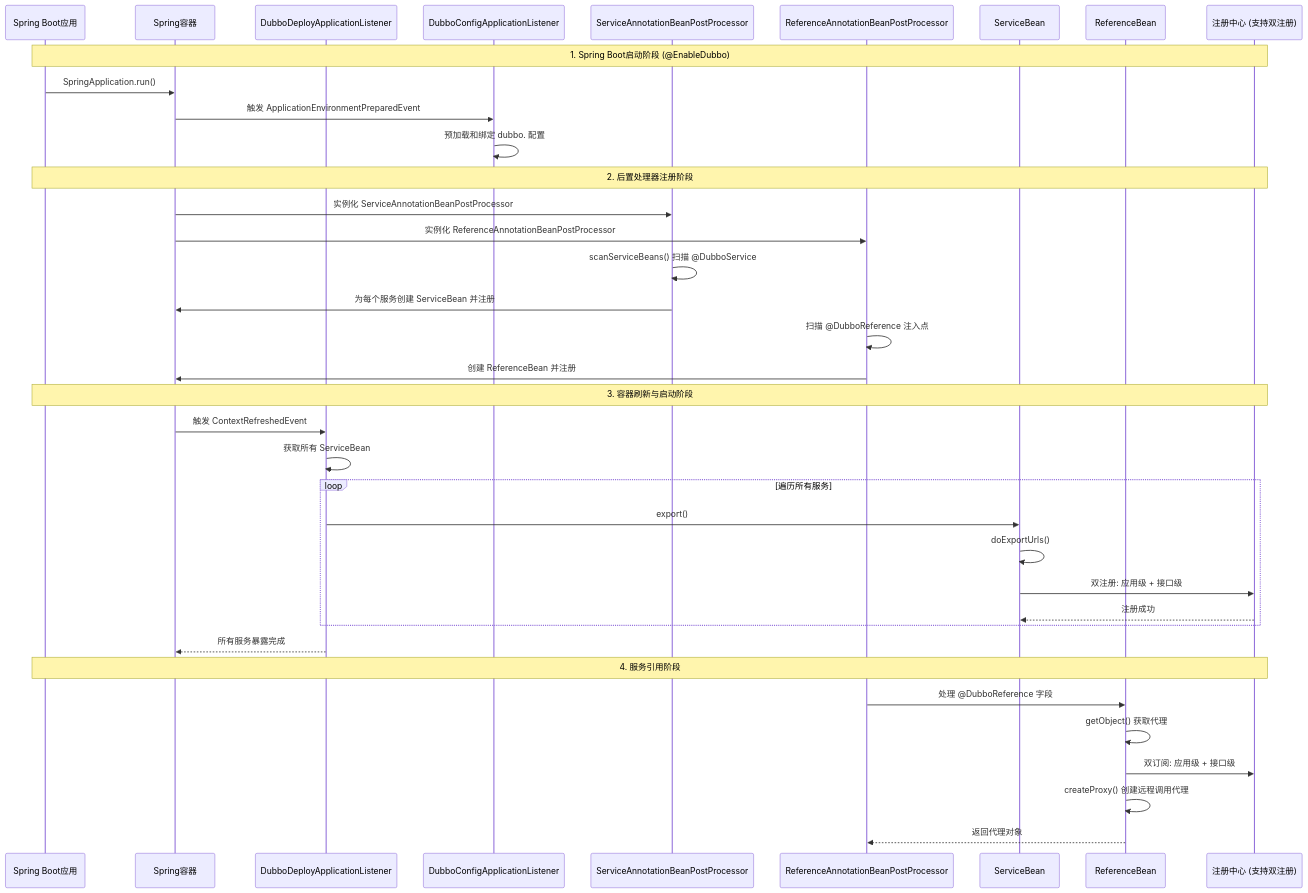
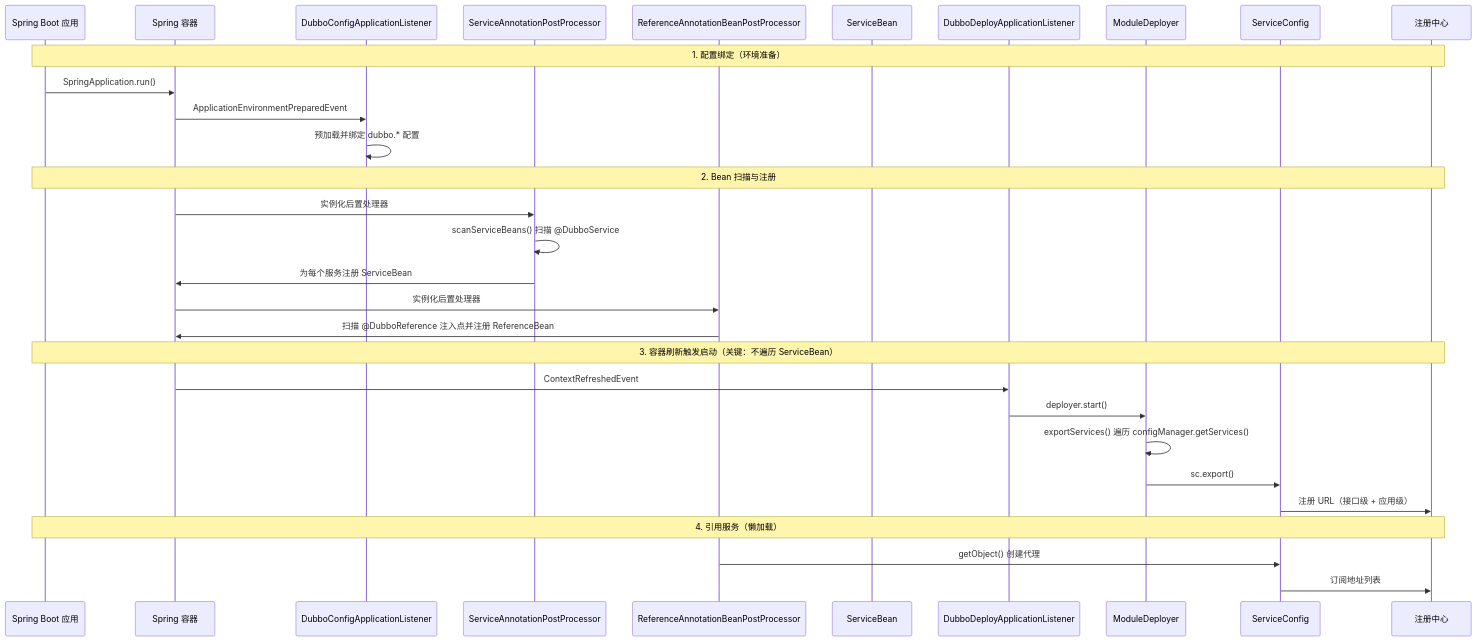
Before and after one commit to Robinpig/Note: the diagram in docs/CS/Framework/Dubbo/Start.md, drawn with Mermaid. The commit also changed other lines of this file and 21 other files, not shown here.

````diff
--- a/docs/CS/Framework/Dubbo/Start.md
+++ b/docs/CS/Framework/Dubbo/Start.md
@@ -93,43 +330,36 @@
 ```mermaid
 sequenceDiagram
-    participant App as Spring Boot应用
-    participant Context as Spring容器
-    participant DDAL as DubboDeployApplicationListener
+    participant App as Spring Boot 应用
+    participant SC as Spring 容器
     participant DCAL as DubboConfigApplicationListener
-    participant SABPP as ServiceAnnotationBeanPostProcessor
+    participant SABPP as ServiceAnnotationPostProcessor
     participant RABPP as ReferenceAnnotationBeanPostProcessor
     participant SB as ServiceBean
-    participant RB as ReferenceBean
-    participant Registry as 注册中心 (支持双注册)
+    participant DDAL as DubboDeployApplicationListener
+    participant MD as ModuleDeployer
+    participant SCfg as ServiceConfig
+    participant Reg as 注册中心
 
-    Note over App, Registry: 1. Spring Boot启动阶段 (@EnableDubbo)
-    App->>Context: SpringApplication.run()
-    Context->>DCAL: 触发 ApplicationEnvironmentPreparedEvent
-    DCAL->>DCAL: 预加载和绑定 dubbo. 配置
+    Note over App,Reg: 1. 配置绑定（环境准备）
+    App->>SC: SpringApplication.run()
+    SC->>DCAL: ApplicationEnvironmentPreparedEvent
+    DCAL->>DCAL: 预加载并绑定 dubbo.* 配置
 
-    Note over App, Registry: 2. 后置处理器注册阶段
-    Context->>SABPP: 实例化 ServiceAnnotationBeanPostProcessor
-    Context->>RABPP: 实例化 ReferenceAnnotationBeanPostProcessor
+    Note over App,Reg: 2. Bean 扫描与注册
+    SC->>SABPP: 实例化后置处理器
     SABPP->>SABPP: scanServiceBeans() 扫描 @DubboService
-    SABPP->>Context: 为每个服务创建 ServiceBean 并注册
-    RABPP->>RABPP: 扫描 @DubboReference 注入点
-    RABPP->>Context: 创建 ReferenceBean 并注册
+    SABPP->>SC: 为每个服务注册 ServiceBean
+    SC->>RABPP: 实例化后置处理器
+    RABPP->>SC: 扫描 @DubboReference 注入点并注册 ReferenceBean
 
-    Note over App, Registry: 3. 容器刷新与启动阶段
-    Context->>DDAL: 触发 ContextRefreshedEvent
-    DDAL->>DDAL: 获取所有 ServiceBean
-    loop 遍历所有服务
-        DDAL->>SB: export()
-        SB->>SB: doExportUrls()
-        SB->>Registry: 双注册: 应用级 + 接口级
-        Registry-->>SB: 注册成功
-    end
-    DDAL-->>Context: 所有服务暴露完成
+    Note over App,Reg: 3. 容器刷新触发启动（关键：不遍历 ServiceBean）
+    SC->>DDAL: ContextRefreshedEvent
+    DDAL->>MD: deployer.start()
+    MD->>MD: exportServices() 遍历 configManager.getServices()
+    MD->>SCfg: sc.export()
+    SCfg->>Reg: 注册 URL（接口级 + 应用级）
 
-    Note over App, Registry: 4. 服务引用阶段
-    RABPP->>RB: 处理 @DubboReference 字段
-    RB->>RB: getObject() 获取代理
-    RB->>Registry: 双订阅: 应用级 + 接口级
-    RB->>RB: createProxy() 创建远程调用代理
-    RB-->>RABPP: 返回代理对象
+    Note over App,Reg: 4. 引用服务（懒加载）
+    RABPP->>SCfg: getObject() 创建代理
+    SCfg->>Reg: 订阅地址列表
 ```
````
